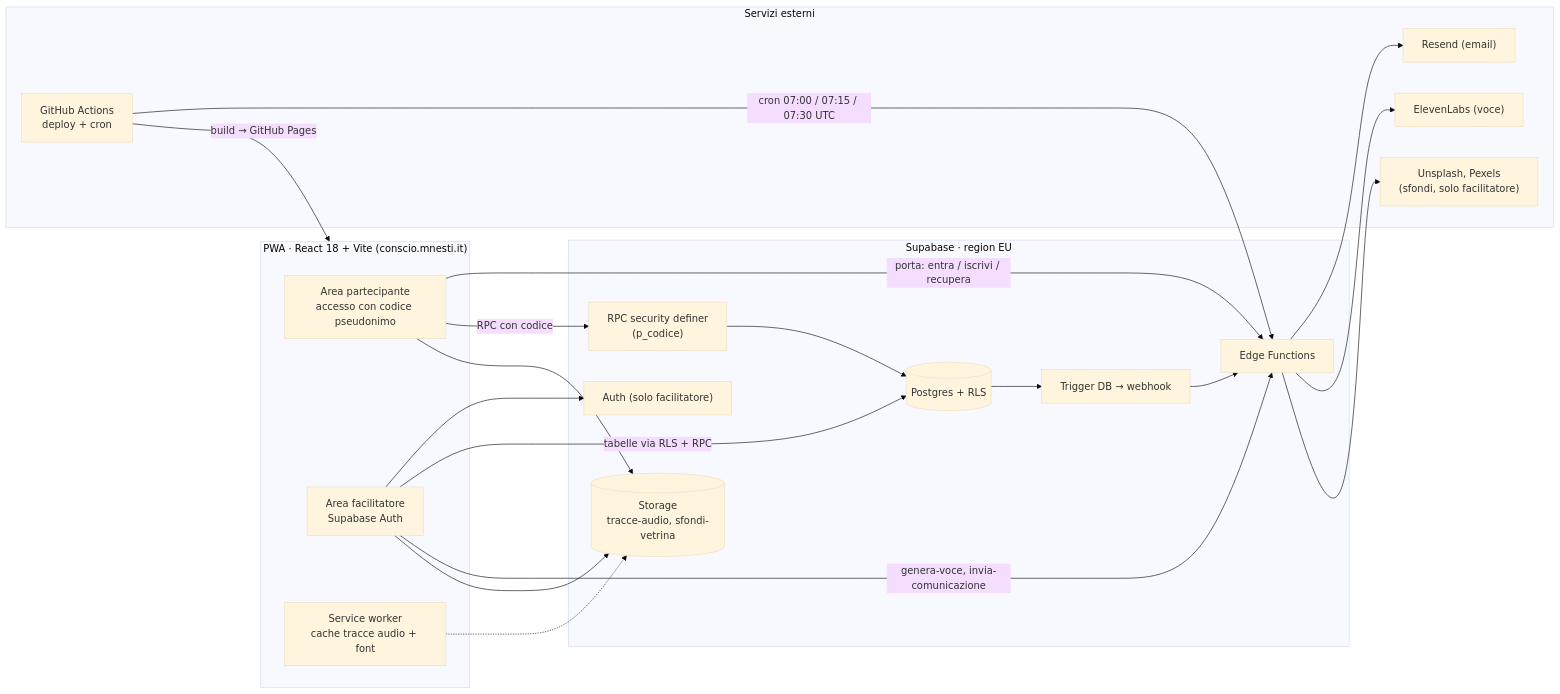
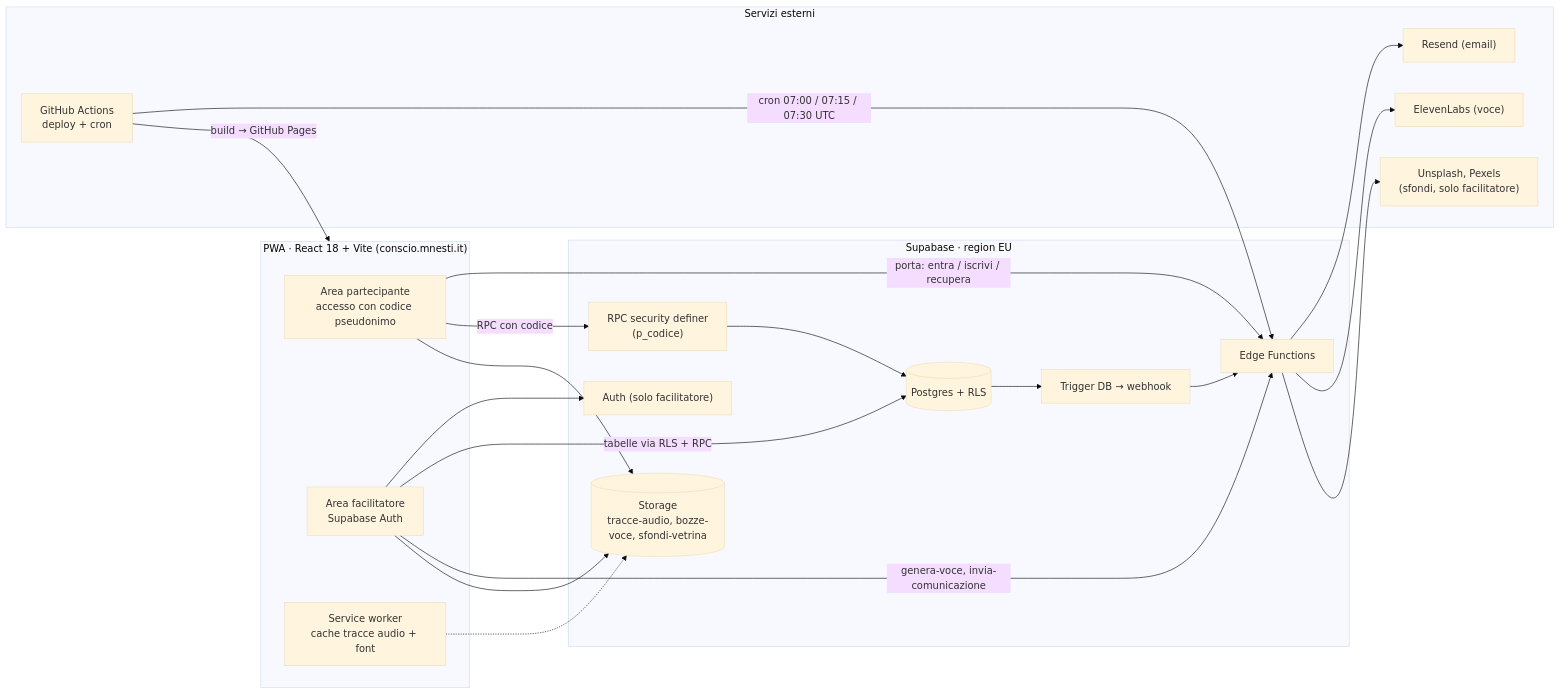
One commit to salonbookingsystemou-dot/conscio changed the first of 2 diagrams in docs/architettura.md. Above: the diagram before and after it, drawn with Mermaid (base theme). The commit also changed other lines of this file and 11 other files, not shown here.

````diff
--- a/docs/architettura.md
+++ b/docs/architettura.md
@@ -8,39 +8,39 @@
 ```mermaid
 flowchart LR
   subgraph Client["PWA · React 18 + Vite (conscio.mnesti.it)"]
     P["Area partecipante<br/>accesso con codice pseudonimo"]
     F["Area facilitatore<br/>Supabase Auth"]
     SW["Service worker<br/>cache tracce audio + font"]
   end
 
   subgraph Supabase["Supabase · region EU"]
     RPC["RPC security definer<br/>(p_codice)"]
     DB[("Postgres + RLS")]
-    ST[("Storage<br/>tracce-audio, sfondi-vetrina")]
+    ST[("Storage<br/>tracce-audio, bozze-voce, sfondi-vetrina")]
     AUTH["Auth (solo facilitatore)"]
     EF["Edge Functions"]
     TR["Trigger DB → webhook"]
   end
 
   subgraph Esterni["Servizi esterni"]
     RS["Resend (email)"]
     EL["ElevenLabs (voce)"]
     UN["Unsplash, Pexels<br/>(sfondi, solo facilitatore)"]
     GH["GitHub Actions<br/>deploy + cron"]
   end
 
   P -->|"porta: entra / iscrivi / recupera"| EF
   P -->|"RPC con codice"| RPC
   F --> AUTH
   F -->|"tabelle via RLS + RPC"| DB
   F -->|"genera-voce, invia-comunicazione"| EF
   RPC --> DB
   P & F --> ST
   SW -.-> ST
   DB --> TR --> EF
   EF --> RS
   EF --> EL
   EF --> UN
   GH -->|"build → GitHub Pages"| Client
   GH -->|"cron 07:00 / 07:15 / 07:30 UTC"| EF
 ```
````
